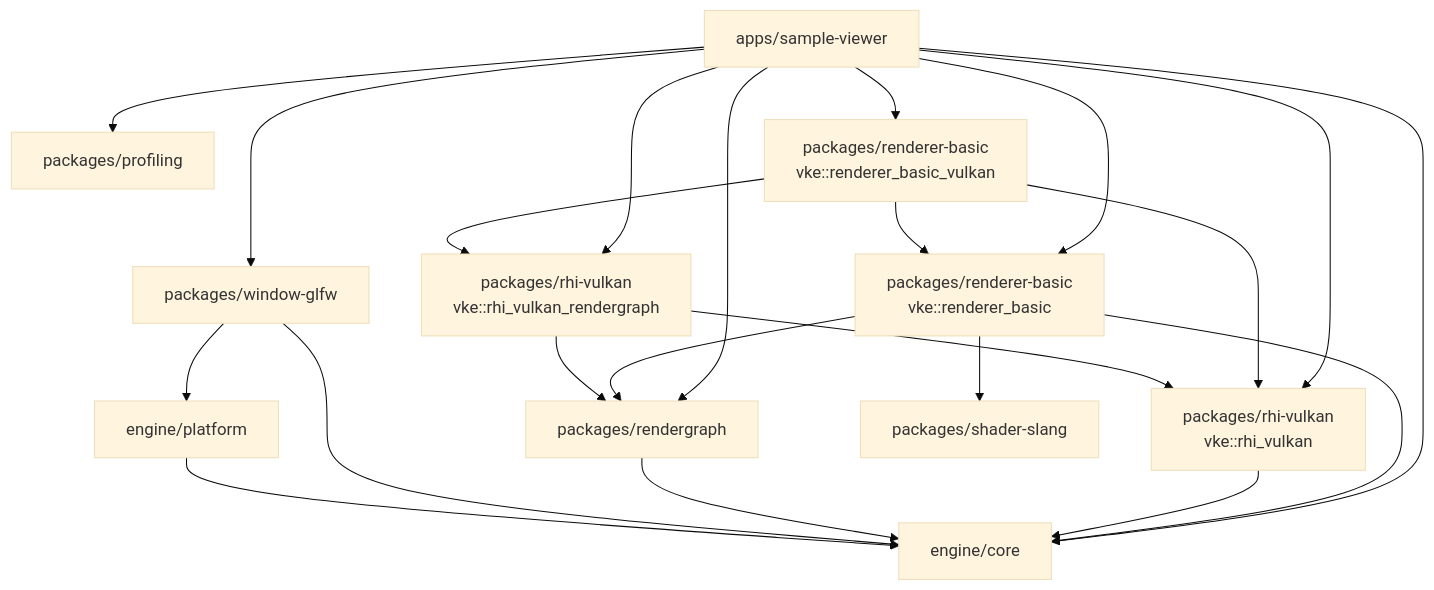
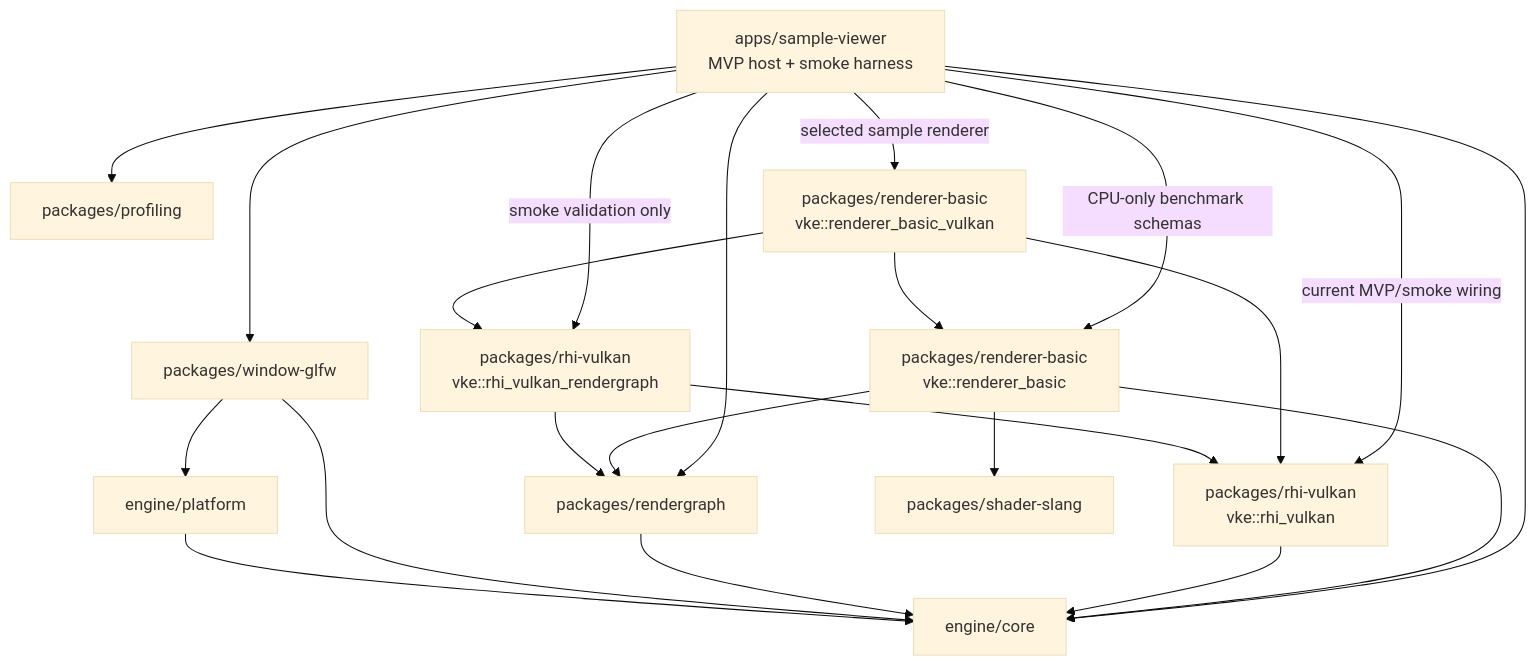
One commit to 66six11/Engine changed the first of 14 diagrams in docs/flow-architecture.md. Above: the diagram before and after it, drawn with Mermaid (base theme). The commit also changed other lines of this file, not shown here.

Commit message:
docs: clarify frame loop callback flow

````diff
--- a/docs/flow-architecture.md
+++ b/docs/flow-architecture.md
@@ -13,36 +13,36 @@
 ```mermaid
 flowchart TD
-    App["apps/sample-viewer"]
+    App["apps/sample-viewer<br/>MVP host + smoke harness"]
     Core["engine/core"]
     Platform["engine/platform"]
     Window["packages/window-glfw"]
     Profiling["packages/profiling"]
     RG["packages/rendergraph"]
     RhiVk["packages/rhi-vulkan<br/>vke::rhi_vulkan"]
     RhiVkRG["packages/rhi-vulkan<br/>vke::rhi_vulkan_rendergraph"]
     Renderer["packages/renderer-basic<br/>vke::renderer_basic"]
     RendererVk["packages/renderer-basic<br/>vke::renderer_basic_vulkan"]
     Shader["packages/shader-slang"]
 
     Platform --> Core
     Window --> Core
     Window --> Platform
     RG --> Core
     RhiVk --> Core
     RhiVkRG --> RhiVk
     RhiVkRG --> RG
     Renderer --> Core
     Renderer --> RG
     Renderer --> Shader
     RendererVk --> Renderer
     RendererVk --> RhiVk
     RendererVk --> RhiVkRG
     App --> Core
     App --> Profiling
     App --> Window
     App --> RG
-    App --> RhiVk
-    App --> RhiVkRG
-    App --> Renderer
-    App --> RendererVk
+    App -->|current MVP/smoke wiring| RhiVk
+    App -->|smoke validation only| RhiVkRG
+    App -->|CPU-only benchmark schemas| Renderer
+    App -->|selected sample renderer| RendererVk
 ```
````
